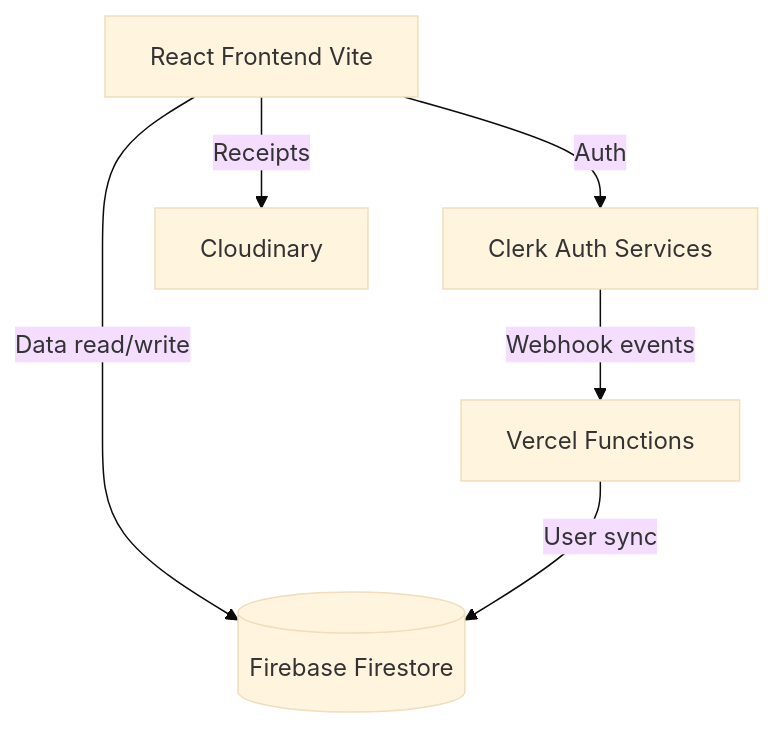
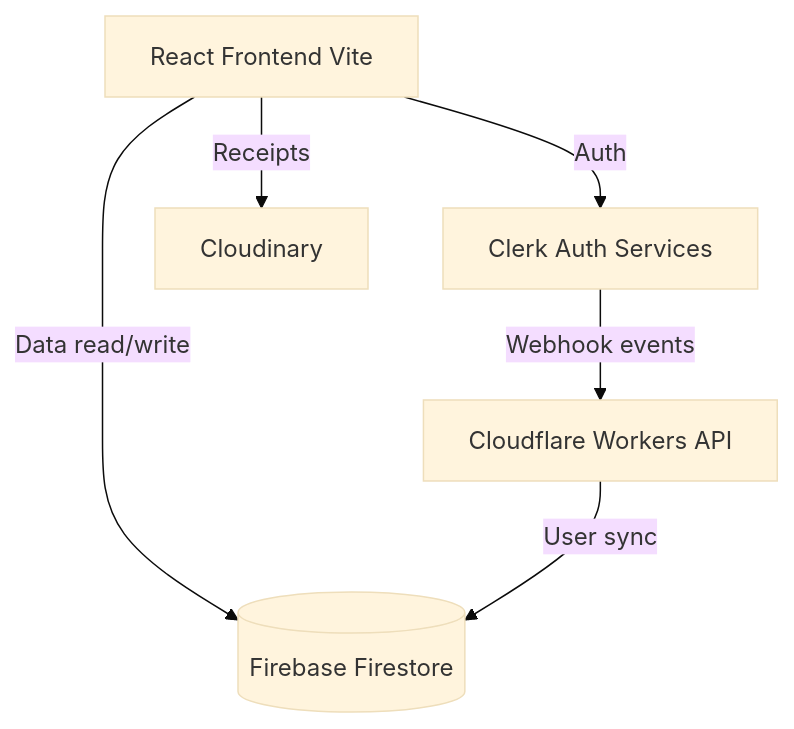
One commit to dhyandevp/ExpenseFlow changed the diagram in ARCHITECTURE.md. Above: the diagram before and after it, drawn with Mermaid (base theme). The commit also changed other lines of this file and 28 other files, not shown here.

Commit message:
feat: migrate architecture to Cloudflare Workers, remove PIN, and configure production deployment

````diff
--- a/ARCHITECTURE.md
+++ b/ARCHITECTURE.md
@@ -9,8 +9,8 @@
 ```mermaid
 graph TD
     Client[React Frontend Vite] --> |Auth| Clerk[Clerk Auth Services]
     Client --> |Data read/write| Firestore[(Firebase Firestore)]
     Client --> |Receipts| Cloudinary[Cloudinary]
-    Clerk --> |Webhook events| Vercel[Vercel Functions]
-    Vercel --> |User sync| Firestore
+    Clerk --> |Webhook events| Cloudflare[Cloudflare Workers API]
+    Cloudflare --> |User sync| Firestore
 ```
````
